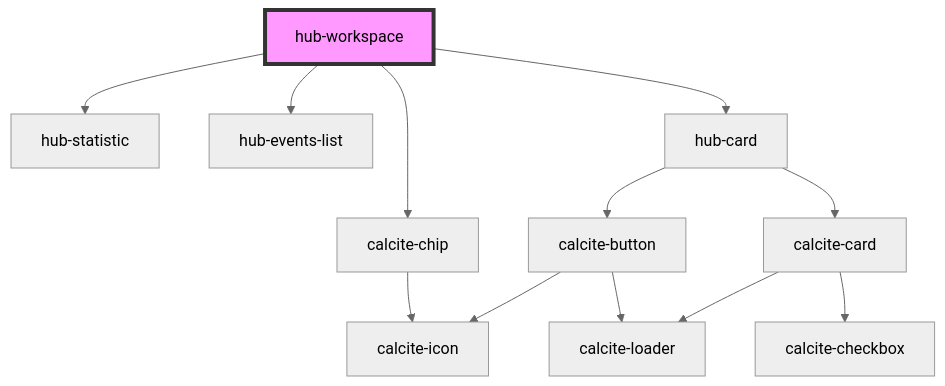
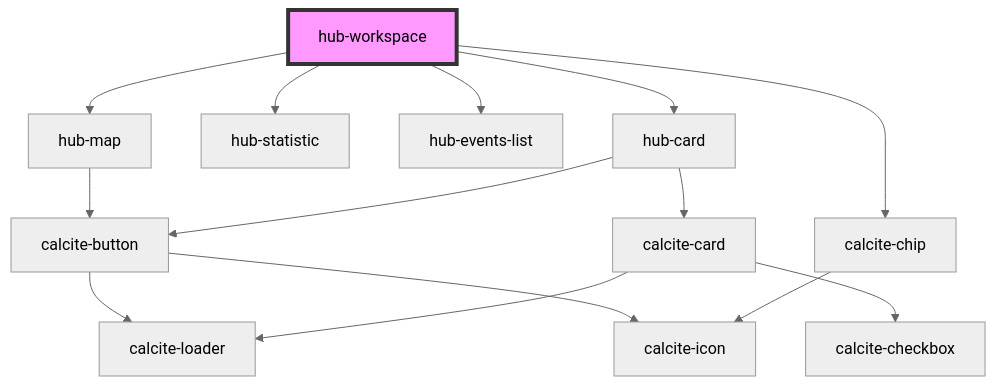
One commit to esridc/hub-components-experiments changed the diagram in src/components/hub-workspace/readme.md. Above: the diagram before and after it, drawn with Mermaid (neutral theme). The commit also changed other lines of this file and 14 other files, not shown here.

Commit message:
Added hub-places-map placeholder

````diff
--- a/src/components/hub-workspace/readme.md
+++ b/src/components/hub-workspace/readme.md
@@ -25,15 +26,17 @@
 ```mermaid
 graph TD;
+  hub-workspace --> hub-map
   hub-workspace --> hub-statistic
   hub-workspace --> calcite-chip
   hub-workspace --> hub-events-list
   hub-workspace --> hub-card
+  hub-map --> calcite-button
+  calcite-button --> calcite-loader
+  calcite-button --> calcite-icon
   calcite-chip --> calcite-icon
   hub-card --> calcite-button
   hub-card --> calcite-card
-  calcite-button --> calcite-loader
-  calcite-button --> calcite-icon
   calcite-card --> calcite-loader
   calcite-card --> calcite-checkbox
   style hub-workspace fill:#f9f,stroke:#333,stroke-width:4px
 ```
````
